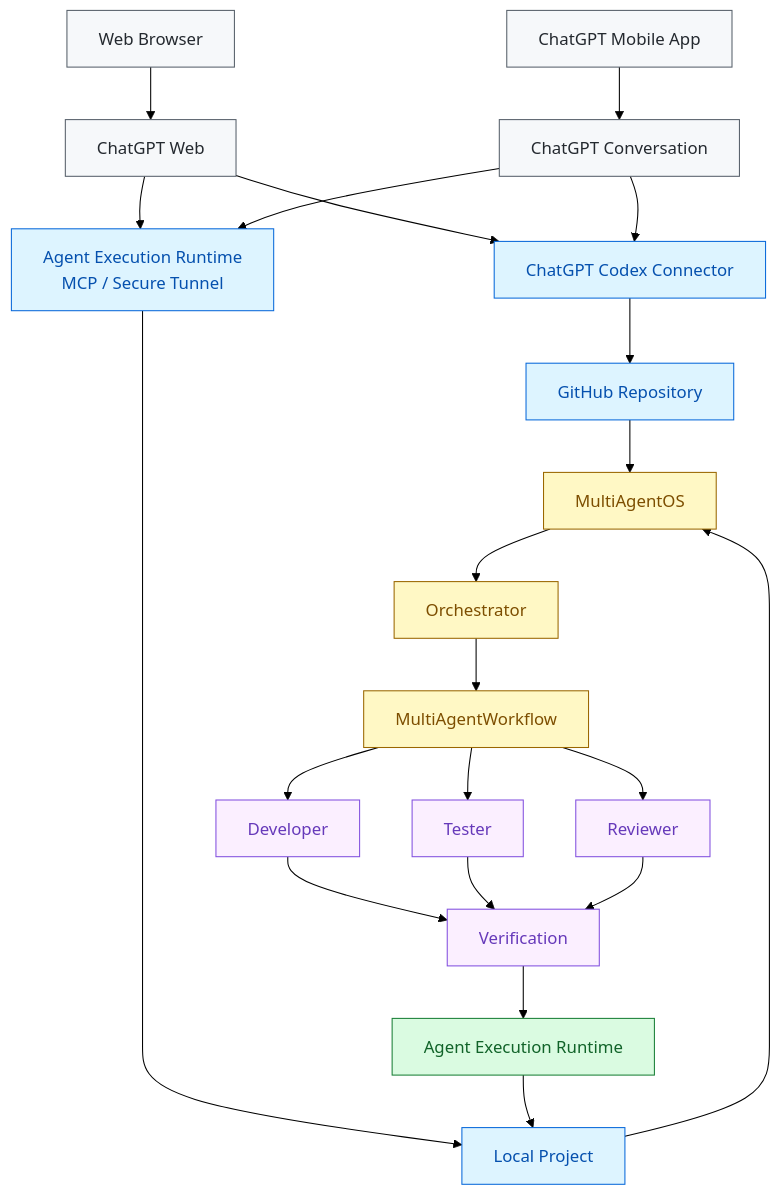
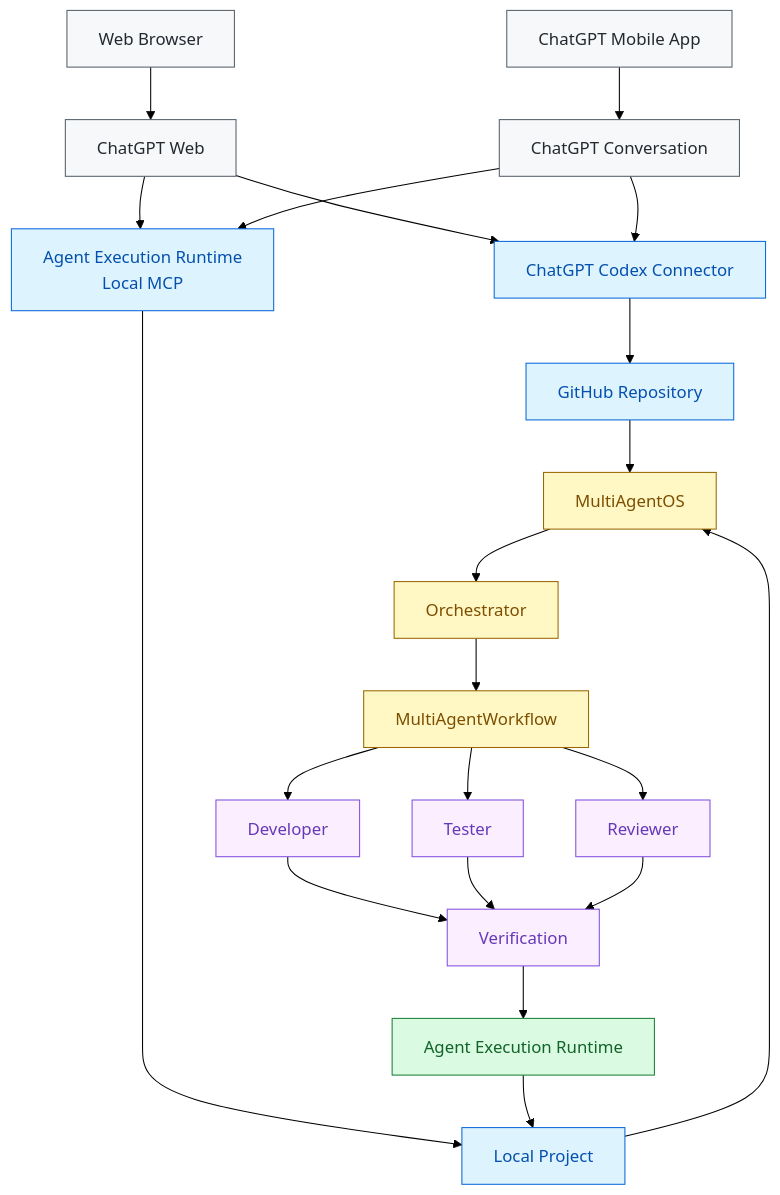
The first of 3 diagrams in README.md (eaglesjo/MultiAgentOS), drawn with Mermaid (forest theme) before and after one commit. The commit also changed other lines of this file and 13 other files, not shown here.

First line of the commit message:
release: prepare 0.4.2 local MCP experience

````diff
--- a/README.md
+++ b/README.md
@@ -28,42 +28,42 @@
 ```mermaid
 flowchart TB
     U["Web Browser"] --> C["ChatGPT Web"]
     M["ChatGPT Mobile App"] --> C2["ChatGPT Conversation"]
 
     C --> GH["ChatGPT Codex Connector"]
     C2 --> GH
     GH --> G["GitHub Repository"]
 
-    C --> MCP["Agent Execution Runtime<br/>MCP / Secure Tunnel"]
+    C --> MCP["Agent Execution Runtime<br/>Local MCP"]
     C2 --> MCP
     MCP --> L["Local Project"]
 
     G --> O["MultiAgentOS"]
     L --> O
 
     O --> ORCH["Orchestrator"]
     ORCH --> WF["MultiAgentWorkflow"]
 
     WF --> DEV["Developer"]
     WF --> TEST["Tester"]
     WF --> REVIEW["Reviewer"]
 
     DEV --> VERIFY["Verification"]
     TEST --> VERIFY
     REVIEW --> VERIFY
 
     VERIFY --> RUNTIME["Agent Execution Runtime"]
     RUNTIME --> L
 
     classDef entry fill:#f6f8fa,stroke:#57606a,color:#24292f;
     classDef boundary fill:#ddf4ff,stroke:#0969da,color:#0550ae;
     classDef orchestration fill:#fff8c5,stroke:#9a6700,color:#7d4e00;
     classDef agents fill:#fbefff,stroke:#8250df,color:#6639ba;
     classDef execution fill:#dafbe1,stroke:#1a7f37,color:#116329;
 
     class U,C,M,C2 entry;
     class GH,MCP,G,L boundary;
     class O,ORCH,WF orchestration;
     class DEV,TEST,REVIEW,VERIFY agents;
     class RUNTIME execution;
 ```
````
